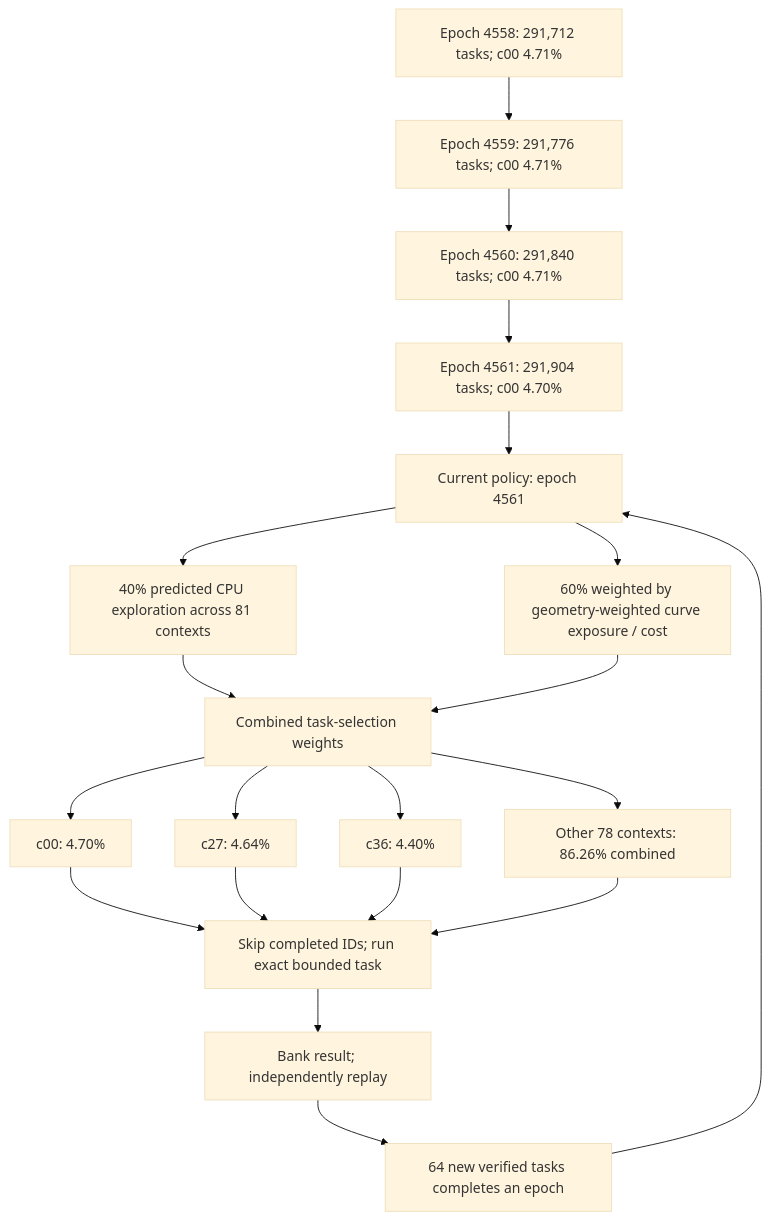
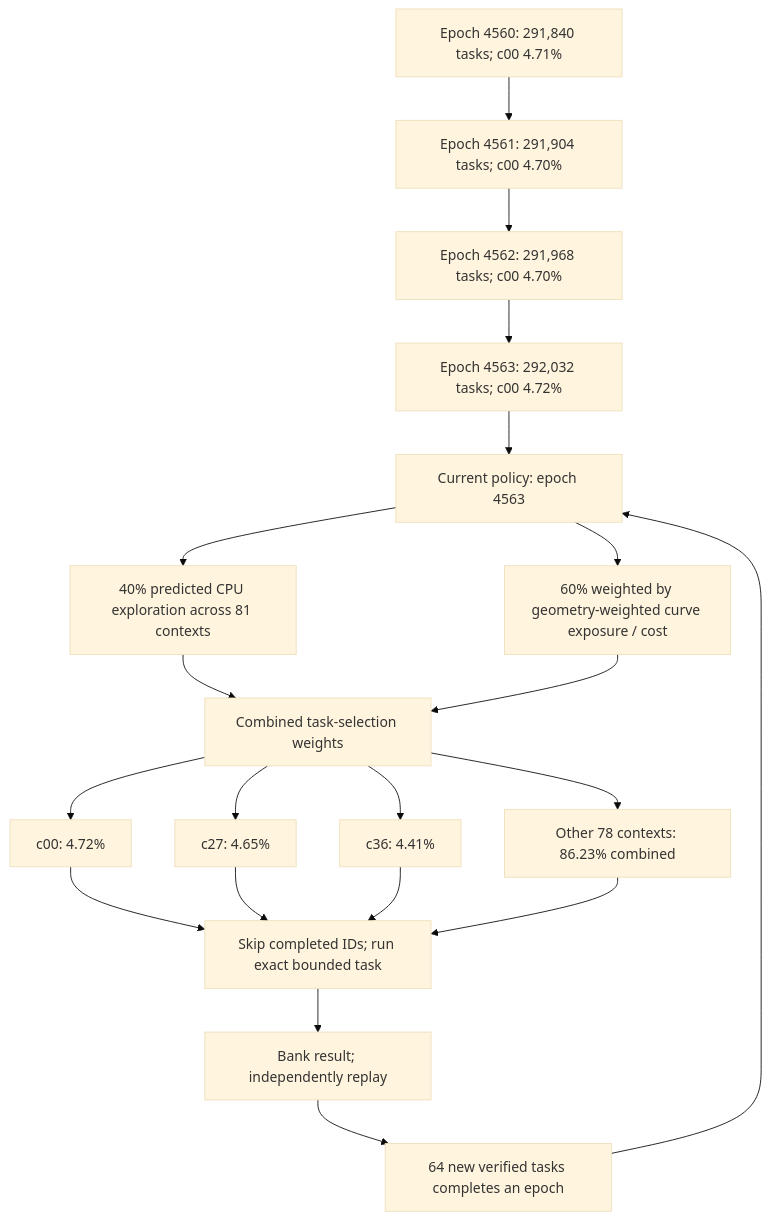
One commit to Kuberwastaken/math-gambling changed the first of 3 diagrams in README.md. Above: the diagram before and after it, drawn with Mermaid (base theme). The commit also changed other lines of this file and 1899 other files, not shown here.

````diff
--- a/README.md
+++ b/README.md
@@ -60,27 +60,27 @@
 ```mermaid
 flowchart TD
-    H0["Epoch 4558: 291,712 tasks; c00 4.71%"]
-    H1["Epoch 4559: 291,776 tasks; c00 4.71%"]
+    H0["Epoch 4560: 291,840 tasks; c00 4.71%"]
+    H1["Epoch 4561: 291,904 tasks; c00 4.70%"]
     H0 --> H1
-    H2["Epoch 4560: 291,840 tasks; c00 4.71%"]
+    H2["Epoch 4562: 291,968 tasks; c00 4.70%"]
     H1 --> H2
-    H3["Epoch 4561: 291,904 tasks; c00 4.70%"]
+    H3["Epoch 4563: 292,032 tasks; c00 4.72%"]
     H2 --> H3
-    Policy["Current policy: epoch 4561"]
+    Policy["Current policy: epoch 4563"]
     H3 --> Policy
     Policy --> Explore["40% predicted CPU exploration across 81 contexts"]
     Policy --> Cost["60% weighted by geometry-weighted curve exposure / cost"]
     Explore --> Mix["Combined task-selection weights"]
     Cost --> Mix
-    Mix --> C0["c00: 4.70%"]
-    Mix --> C1["c27: 4.64%"]
-    Mix --> C2["c36: 4.40%"]
-    Mix --> Rest["Other 78 contexts: 86.26% combined"]
+    Mix --> C0["c00: 4.72%"]
+    Mix --> C1["c27: 4.65%"]
+    Mix --> C2["c36: 4.41%"]
+    Mix --> Rest["Other 78 contexts: 86.23% combined"]
     C0 --> Check["Skip completed IDs; run exact bounded task"]
     C1 --> Check
     C2 --> Check
     Rest --> Check
     Check --> Replay["Bank result; independently replay"]
     Replay --> Gate["64 new verified tasks completes an epoch"]
     Gate --> Policy
 ```
````
